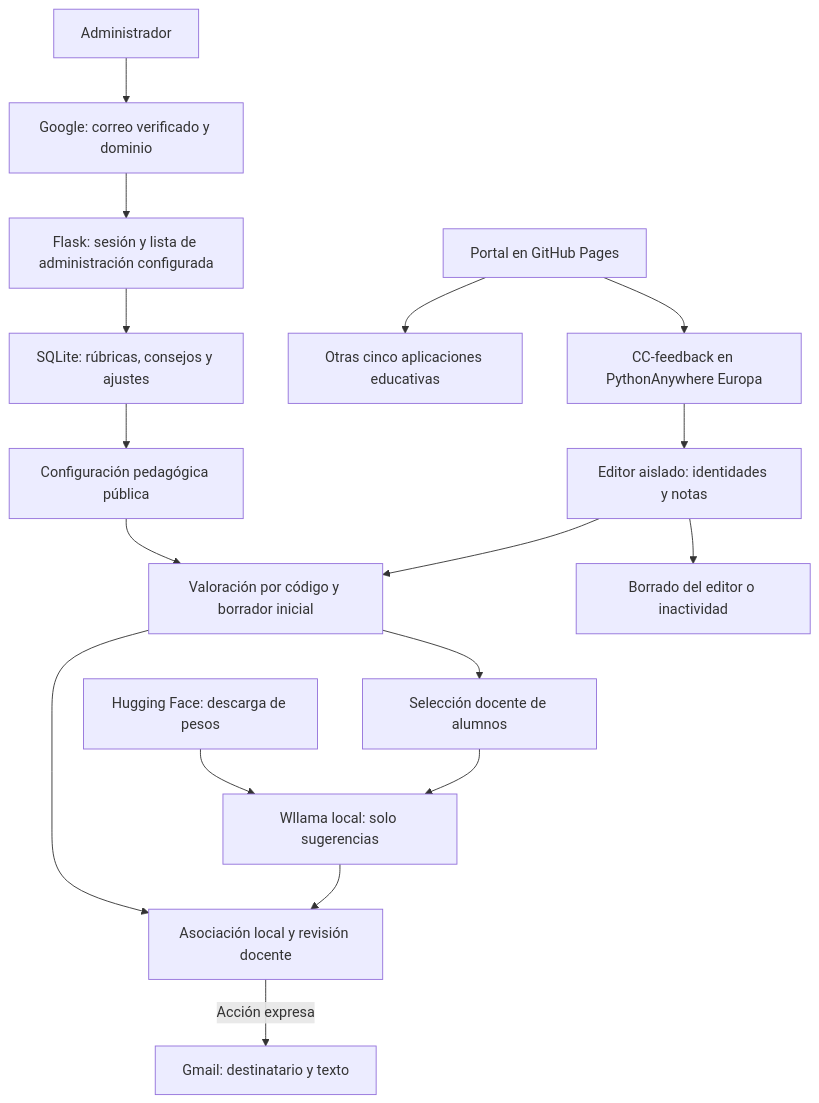
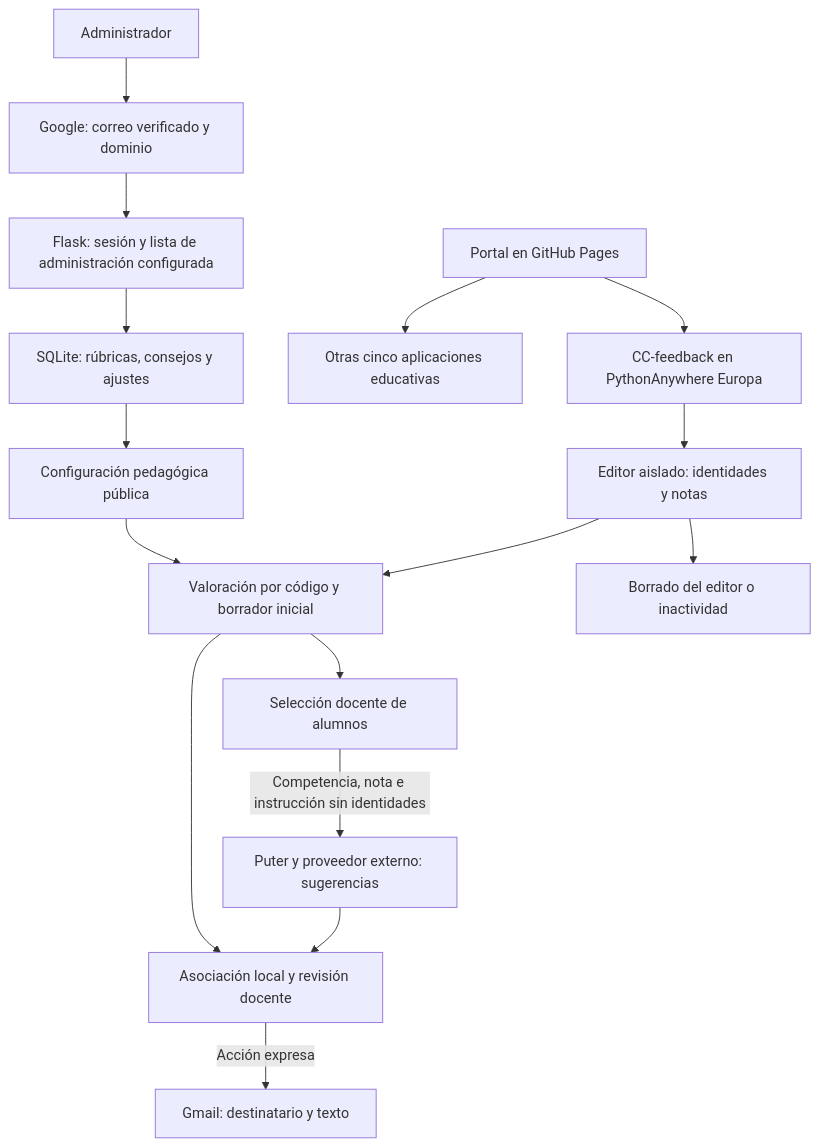
One commit to anderfrago/herramientas-educativas-cuatrovientos changed the diagram in README.md. Above: the diagram before and after it, drawn with Mermaid. The commit also changed other lines of this file and 2 other files, not shown here.

Commit message:
cc-feedback puter

````diff
--- a/README.md
+++ b/README.md
@@ -21,19 +25,18 @@
 ```mermaid
 flowchart TD
     P[Portal en GitHub Pages] --> C[CC-feedback en PythonAnywhere Europa]
     P --> O[Otras cinco aplicaciones educativas]
     A[Administrador] --> G[Google: correo verificado y dominio]
     G --> F[Flask: sesión y lista de administración configurada]
     F --> DB[SQLite: rúbricas, consejos y ajustes]
     DB --> R[Configuración pedagógica pública]
     C --> E[Editor aislado: identidades y notas]
     E --> V[Valoración por código y borrador inicial]
     R --> V
     V --> S[Selección docente de alumnos]
-    S --> W[Wllama local: solo sugerencias]
-    H[Hugging Face: descarga de pesos] --> W
+    S -->|Competencia, nota e instrucción sin identidades| W[Puter y proveedor externo: sugerencias]
     W --> D[Asociación local y revisión docente]
     V --> D
     D -->|Acción expresa| M[Gmail: destinatario y texto]
     E --> X[Borrado del editor o inactividad]
 ```
````
